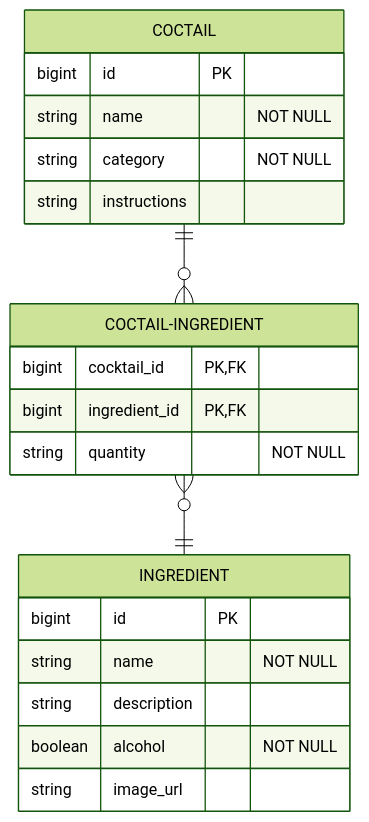
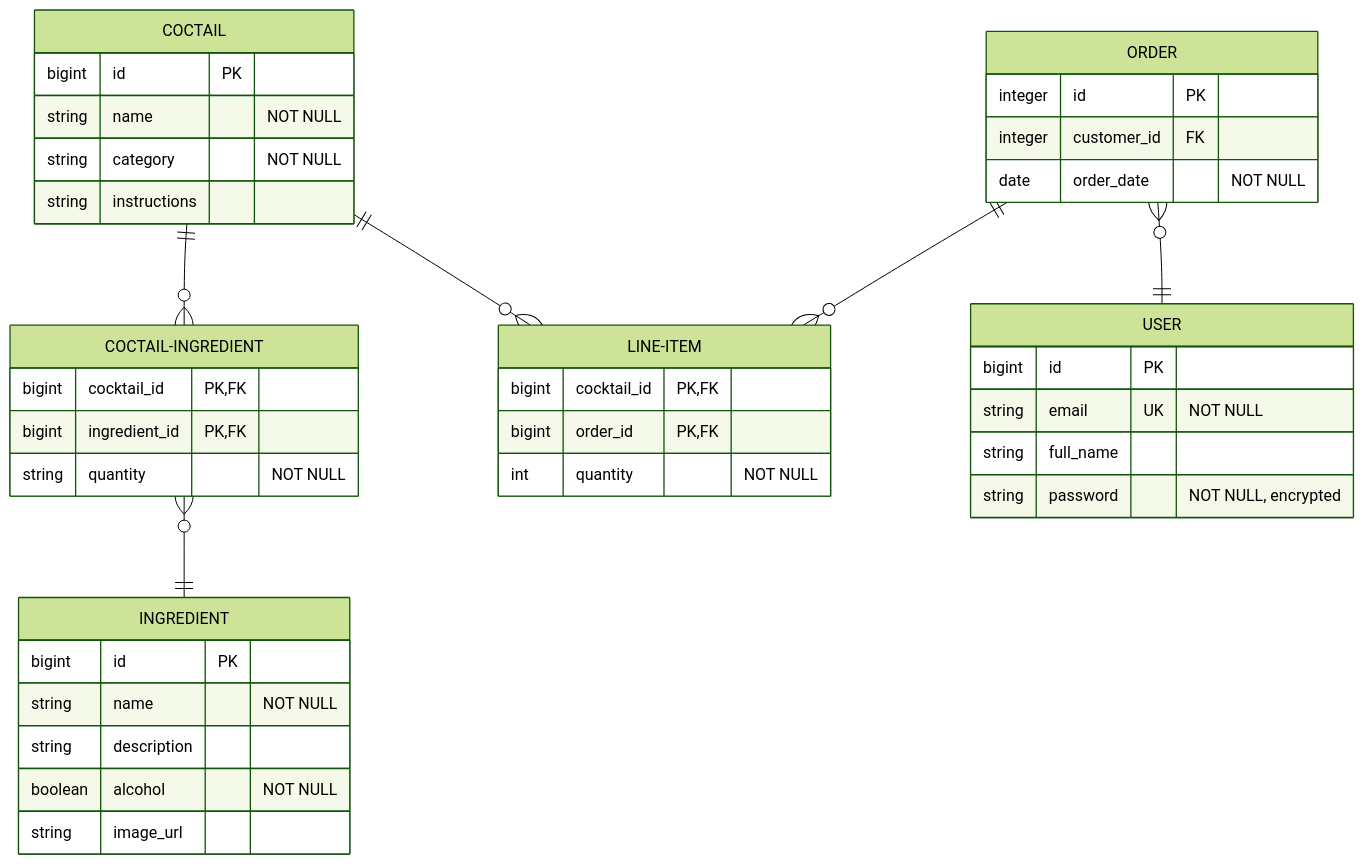
Before and after one commit to Lennox2536/cocktail-api: the diagram in doc/erd.mermaid, drawn with Mermaid (forest theme). The commit also changed 5 other files, not shown here.

```diff
--- a/doc/erd.mermaid
+++ b/doc/erd.mermaid
@@ -1,22 +1,41 @@
 erDiagram
     COCTAIL ||--o{ COCTAIL-INGREDIENT: ""
+    COCTAIL ||--o{ LINE-ITEM: ""
+    ORDER ||--o{ LINE-ITEM: ""
+    ORDER }o--|| USER : ""
     COCTAIL-INGREDIENT }o--|| INGREDIENT: ""
 
     COCTAIL {
         bigint id PK
         string name "NOT NULL"
         string category "NOT NULL"
         string instructions
     }
     COCTAIL-INGREDIENT {
         bigint cocktail_id PK, FK
         bigint ingredient_id PK, FK
         string quantity "NOT NULL"
     }
     INGREDIENT {
         bigint id PK
         string name "NOT NULL"
         string description
         boolean alcohol "NOT NULL"
         string image_url
     }
+    ORDER {
+        integer id PK
+        integer customer_id FK
+        date order_date "NOT NULL"
+    }
+    LINE-ITEM {
+        bigint cocktail_id PK, FK
+        bigint order_id PK, FK
+        int quantity "NOT NULL"
+    }
+    USER {
+        bigint id PK
+        string email UK "NOT NULL"
+        string full_name
+        string password "NOT NULL, encrypted"
+    }
```
